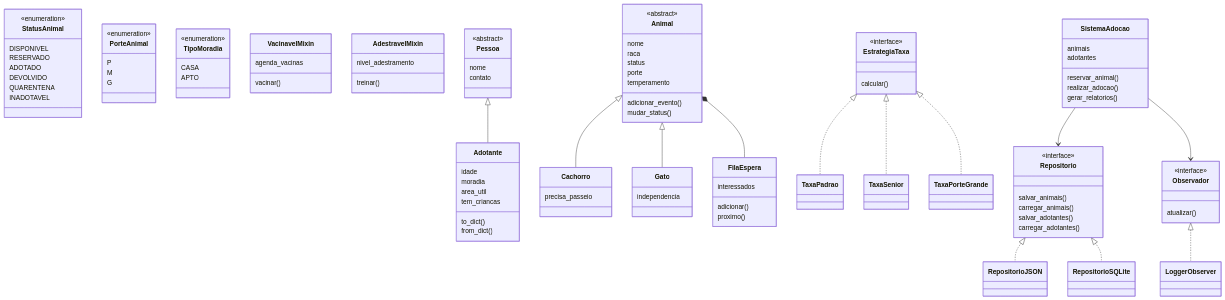
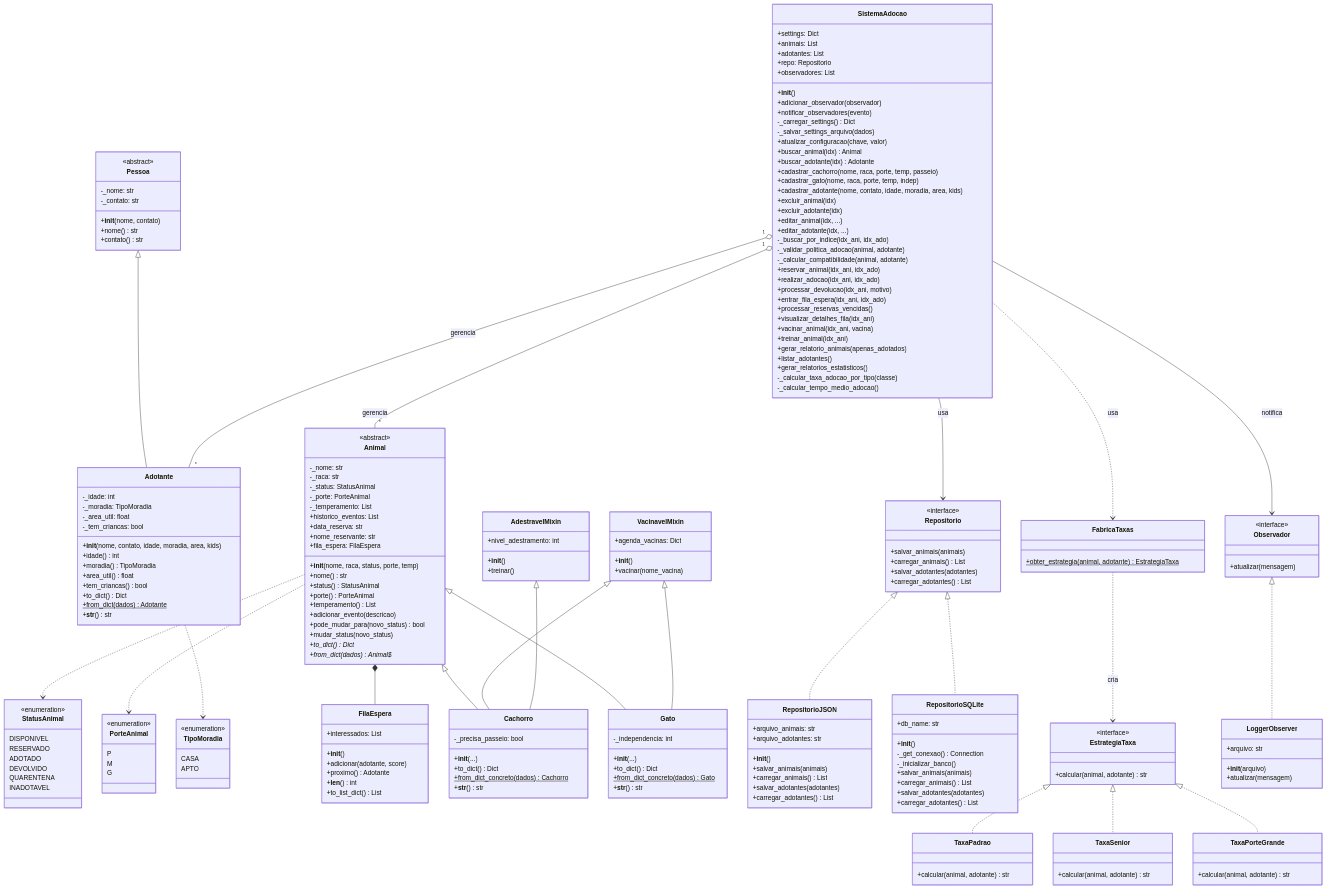
The diagram in README.md (jetrokepler/adote-me.org), drawn with Mermaid before and after one commit.

````diff
--- a/README.md
+++ b/README.md
@@ -111,7 +111,6 @@
 ```mermaid
 classDiagram
-
-    %% ENUMS
+    %% --- ENUMS ---
     class StatusAnimal {
         <<enumeration>>
         DISPONIVEL
@@ -135,113 +134,222 @@
         APTO
     }
 
-    %% MIXINS
+    %% --- MIXINS ---
     class VacinavelMixin {
-        agenda_vacinas
-        vacinar()
+        +agenda_vacinas: Dict
+        +__init__()
+        +vacinar(nome_vacina)
     }
 
     class AdestravelMixin {
-        nivel_adestramento
-        treinar()
+        +nivel_adestramento: int
+        +__init__()
+        +treinar()
     }
 
-    %% PESSOAS
+    %% --- DOMÍNIO: PESSOAS ---
     class Pessoa {
         <<abstract>>
-        nome
-        contato
+        -_nome: str
+        -_contato: str
+        +__init__(nome, contato)
+        +nome() str
+        +contato() str
     }
 
     class Adotante {
-        idade
-        moradia
-        area_util
-        tem_criancas
-        to_dict()
-        from_dict()
+        -_idade: int
+        -_moradia: TipoMoradia
+        -_area_util: float
+        -_tem_criancas: bool
+        +__init__(nome, contato, idade, moradia, area, kids)
+        +idade() int
+        +moradia() TipoMoradia
+        +area_util() float
+        +tem_criancas() bool
+        +to_dict() Dict
+        +from_dict(dados) Adotante$
+        +__str__() str
     }
 
     Pessoa <|-- Adotante
 
-    %% ANIMAIS
+    %% --- DOMÍNIO: ANIMAIS ---
     class FilaEspera {
-        interessados
-        adicionar()
-        proximo()
+        +interessados: List
+        +__init__()
+        +adicionar(adotante, score)
+        +proximo() Adotante
+        +__len__() int
+        +to_list_dict() List
     }
 
     class Animal {
         <<abstract>>
-        nome
-        raca
-        status
-        porte
-        temperamento
-        adicionar_evento()
-        mudar_status()
+        -_nome: str
+        -_raca: str
+        -_status: StatusAnimal
+        -_porte: PorteAnimal
+        -_temperamento: List
+        +historico_eventos: List
+        +data_reserva: str
+        +nome_reservante: str
+        +fila_espera: FilaEspera
+        +__init__(nome, raca, status, porte, temp)
+        +nome() str
+        +status() StatusAnimal
+        +porte() PorteAnimal
+        +temperamento() List
+        +adicionar_evento(descricao)
+        +pode_mudar_para(novo_status) bool
+        +mudar_status(novo_status)
+        +to_dict()* Dict
+        +from_dict(dados)* Animal$
     }
 
     class Cachorro {
-        precisa_passeio
+        -_precisa_passeio: bool
+        +__init__(...)
+        +to_dict() Dict
+        +from_dict_concreto(dados) Cachorro$
+        +__str__() str
     }
 
     class Gato {
-        independencia
+        -_independencia: int
+        +__init__(...)
+        +to_dict() Dict
+        +from_dict_concreto(dados) Gato$
+        +__str__() str
     }
 
+    %% Relacionamentos de Domínio
     Animal <|-- Cachorro
     Animal <|-- Gato
+    VacinavelMixin <|-- Cachorro
+    VacinavelMixin <|-- Gato
+    AdestravelMixin <|-- Cachorro
     Animal *-- FilaEspera
+    Animal ..> StatusAnimal
+    Animal ..> PorteAnimal
+    Adotante ..> TipoMoradia
 
-    %% REPOSITORY
+    %% --- REPOSITORIES ---
     class Repositorio {
         <<interface>>
-        salvar_animais()
-        carregar_animais()
-        salvar_adotantes()
-        carregar_adotantes()
+        +salvar_animais(animais)
+        +carregar_animais() List
+        +salvar_adotantes(adotantes)
+        +carregar_adotantes() List
     }
 
-    class RepositorioJSON
-    class RepositorioSQLite
+    class RepositorioJSON {
+        +arquivo_animais: str
+        +arquivo_adotantes: str
+        +__init__()
+        +salvar_animais(animais)
+        +carregar_animais() List
+        +salvar_adotantes(adotantes)
+        +carregar_adotantes() List
+    }
+
+    class RepositorioSQLite {
+        +db_name: str
+        +__init__()
+        -_get_conexao() Connection
+        -_inicializar_banco()
+        +salvar_animais(animais)
+        +carregar_animais() List
+        +salvar_adotantes(adotantes)
+        +carregar_adotantes() List
+    }
 
     Repositorio <|.. RepositorioJSON
     Repositorio <|.. RepositorioSQLite
 
-    %% STRATEGY
+    %% --- STRATEGY (TAXAS) ---
     class EstrategiaTaxa {
         <<interface>>
-        calcular()
+        +calcular(animal, adotante) str
     }
 
-    class TaxaPadrao
-    class TaxaSenior
-    class TaxaPorteGrande
+    class TaxaPadrao {
+        +calcular(animal, adotante) str
+    }
+    class TaxaSenior {
+        +calcular(animal, adotante) str
+    }
+    class TaxaPorteGrande {
+        +calcular(animal, adotante) str
+    }
+
+    class FabricaTaxas {
+        +obter_estrategia(animal, adotante) EstrategiaTaxa$
+    }
 
     EstrategiaTaxa <|.. TaxaPadrao
     EstrategiaTaxa <|.. TaxaSenior
     EstrategiaTaxa <|.. TaxaPorteGrande
+    FabricaTaxas ..> EstrategiaTaxa : cria
 
-    %% OBSERVER
+    %% --- OBSERVER ---
     class Observador {
         <<interface>>
-        atualizar()
+        +atualizar(mensagem)
     }
 
-    class LoggerObserver
+    class LoggerObserver {
+        +arquivo: str
+        +__init__(arquivo)
+        +atualizar(mensagem)
+    }
 
     Observador <|.. LoggerObserver
 
-    %% SISTEMA
+    %% --- FACADE (SISTEMA) ---
     class SistemaAdocao {
-        animais
-        adotantes
-        reservar_animal()
-        realizar_adocao()
-        gerar_relatorios()
+        +settings: Dict
+        +animais: List
+        +adotantes: List
+        +repo: Repositorio
+        +observadores: List
+        +__init__()
+        +adicionar_observador(observador)
+        +notificar_observadores(evento)
+        -_carregar_settings() Dict
+        -_salvar_settings_arquivo(dados)
+        +atualizar_configuracao(chave, valor)
+        +buscar_animal(idx) Animal
+        +buscar_adotante(idx) Adotante
+        +cadastrar_cachorro(nome, raca, porte, temp, passeio)
+        +cadastrar_gato(nome, raca, porte, temp, indep)
+        +cadastrar_adotante(nome, contato, idade, moradia, area, kids)
+        +excluir_animal(idx)
+        +excluir_adotante(idx)
+        +editar_animal(idx, ...)
+        +editar_adotante(idx, ...)
+        -_buscar_por_indice(idx_ani, idx_ado)
+        -_validar_politica_adocao(animal, adotante)
+        -_calcular_compatibilidade(animal, adotante)
+        +reservar_animal(idx_ani, idx_ado)
+        +realizar_adocao(idx_ani, idx_ado)
+        +processar_devolucao(idx_ani, motivo)
+        +entrar_fila_espera(idx_ani, idx_ado)
+        +processar_reservas_vencidas()
+        +visualizar_detalhes_fila(idx_ani)
+        +vacinar_animal(idx_ani, vacina)
+        +treinar_animal(idx_ani)
+        +gerar_relatorio_animais(apenas_adotados)
+        +listar_adotantes()
+        +gerar_relatorios_estatisticos()
+        -_calcular_taxa_adocao_por_tipo(classe)
+        -_calcular_tempo_medio_adocao()
     }
 
-    SistemaAdocao --> Repositorio
-    SistemaAdocao --> Observador
+    SistemaAdocao --> Repositorio : usa
+    SistemaAdocao --> Observador : notifica
+    SistemaAdocao ..> FabricaTaxas : usa
+    SistemaAdocao "1" o-- "*" Animal : gerencia
+    SistemaAdocao "1" o-- "*" Adotante : gerencia
+
 ```
````
